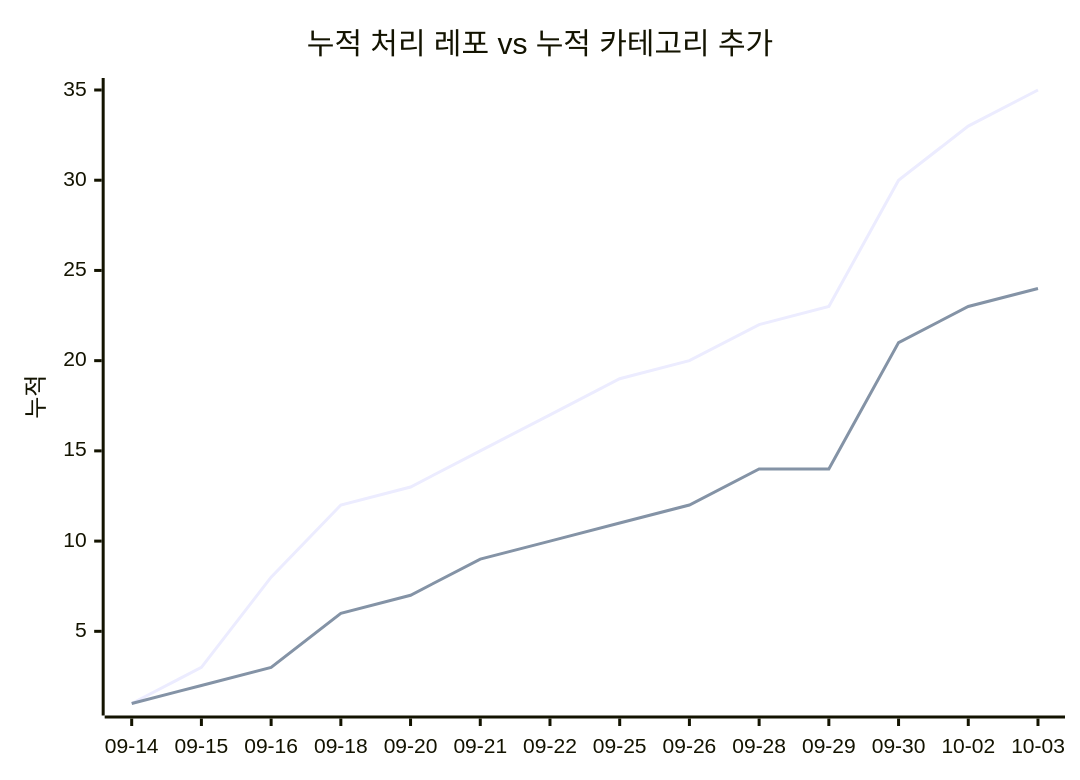
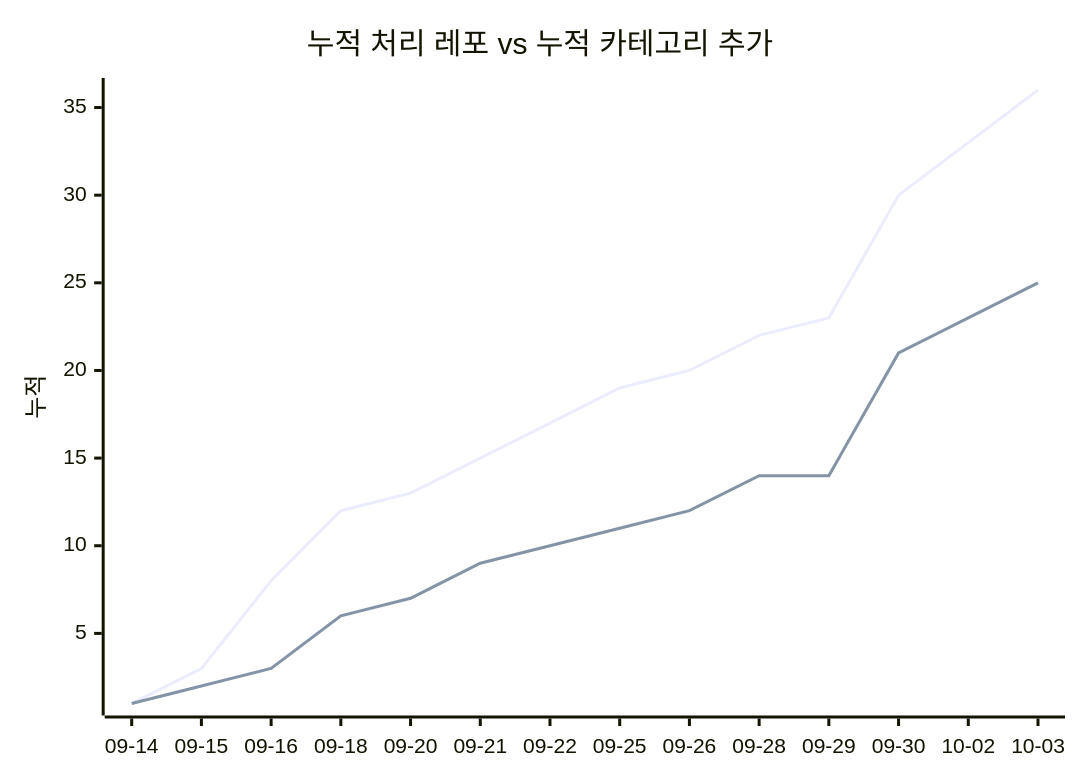
Before and after one commit to J-nowcow/awesome-korean-agent-skills: the second of 2 diagrams in docs/trends.md, drawn with Mermaid. The commit also changed other lines of this file and 4 other files, not shown here.

````diff
--- a/docs/trends.md
+++ b/docs/trends.md
@@ -68,8 +68,8 @@
 ```mermaid
 xychart-beta
     title "누적 처리 레포 vs 누적 카테고리 추가"
     x-axis ["09-14","09-15","09-16","09-18","09-20","09-21","09-22","09-25","09-26","09-28","09-29","09-30","10-02","10-03"]
     y-axis "누적"
-    line [1,3,8,12,13,15,17,19,20,22,23,30,33,35]
-    line [1,2,3,6,7,9,10,11,12,14,14,21,23,24]
+    line [1,3,8,12,13,15,17,19,20,22,23,30,33,36]
+    line [1,2,3,6,7,9,10,11,12,14,14,21,23,25]
 ```
````
